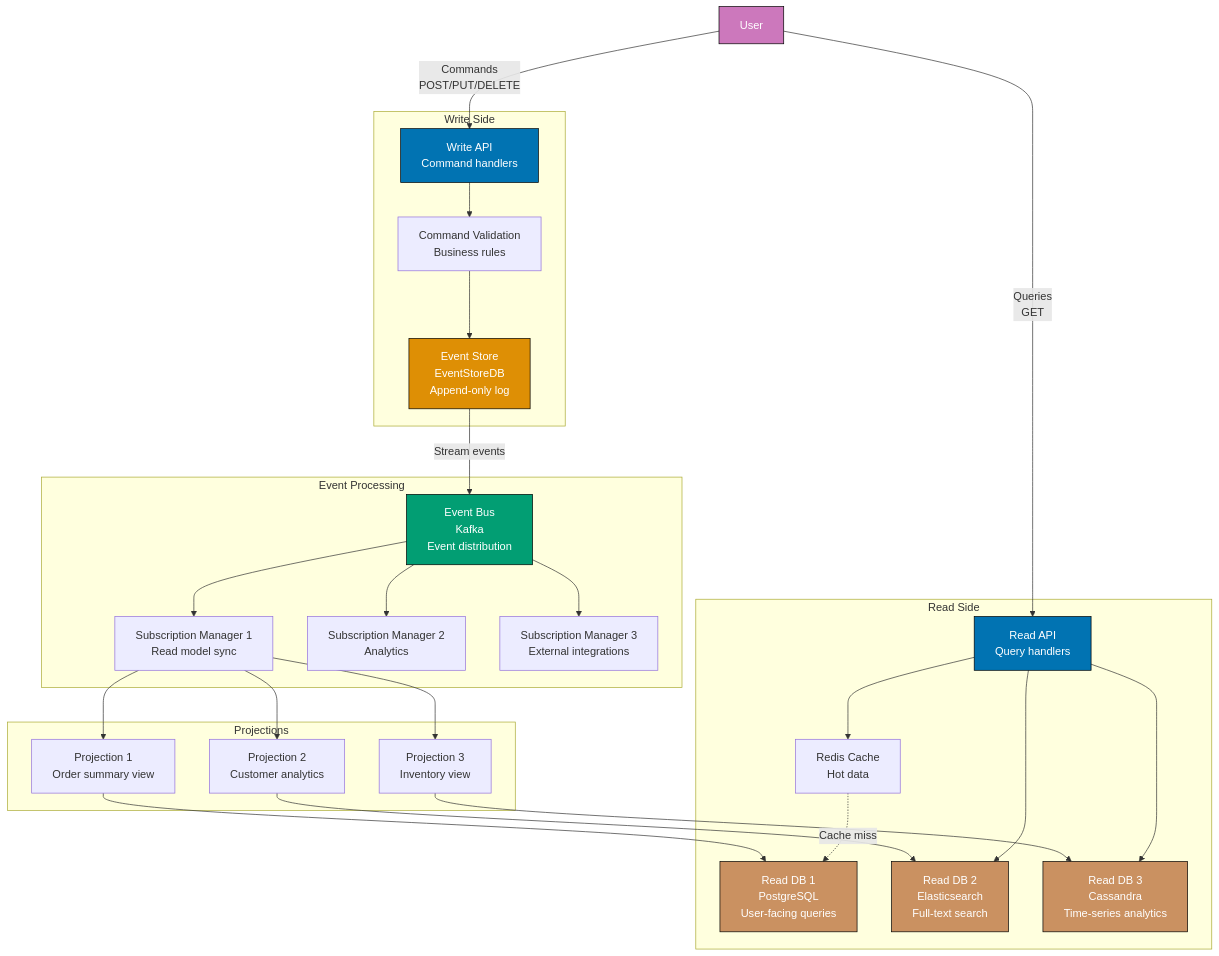
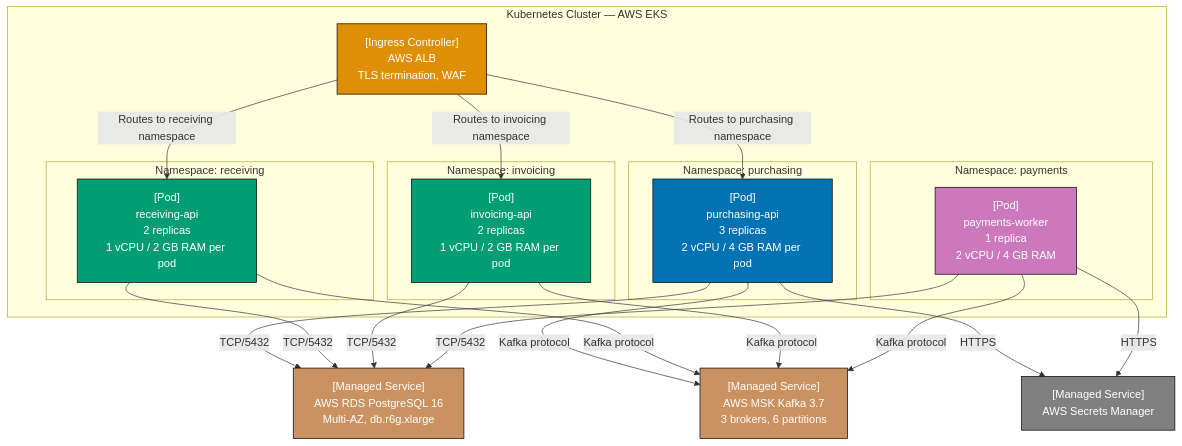
One commit to wahidyankf/open-sharia-enterprise changed diagram 18 of 25 in apps/ayokoding-web/content/en/learn/software-engineering/architecture/c4-architecture-model/by-example/advanced.md. Above: the diagram before and after it, drawn with Mermaid. The commit also changed other lines of this file and 38 other files, not shown here.

First line of the commit message:
docs(ayokoding-web): unify architecture tutorials on shared P2P domain

````diff
--- a/apps/ayokoding-web/content/en/learn/software-engineering/architecture/c4-architecture-model/by-example/advanced.md
+++ b/apps/ayokoding-web/content/en/learn/software-engineering/architecture/c4-architecture-model/by-example/advanced.md
@@ -582,62 +819,49 @@
 ```mermaid
 graph TD
-    subgraph "Write Side"
-        WriteAPI["Write API<br/>Command handlers"]
-        EventStore["Event Store<br/>EventStoreDB<br/>Append-only log"]
-        CommandValidation["Command Validation<br/>Business rules"]
+    subgraph K8sCluster["Kubernetes Cluster — AWS EKS"]
+        subgraph PurchNS["Namespace: purchasing"]
+            PurchPod["[Pod]<br/>purchasing-api<br/>3 replicas<br/>2 vCPU / 4 GB RAM per pod"]
+        end
+
+        subgraph RecvNS["Namespace: receiving"]
+            RecvPod["[Pod]<br/>receiving-api<br/>2 replicas<br/>1 vCPU / 2 GB RAM per pod"]
+        end
+
+        subgraph InvNS["Namespace: invoicing"]
+            InvPod["[Pod]<br/>invoicing-api<br/>2 replicas<br/>1 vCPU / 2 GB RAM per pod"]
+        end
+
+        subgraph PayNS["Namespace: payments"]
+            PayPod["[Pod]<br/>payments-worker<br/>1 replica<br/>2 vCPU / 4 GB RAM"]
+        end
+
+        Ingress["[Ingress Controller]<br/>AWS ALB<br/>TLS termination, WAF"]
     end
 
-    subgraph "Event Processing"
-        EventBus["Event Bus<br/>Kafka<br/>Event distribution"]
-        Subscription1["Subscription Manager 1<br/>Read model sync"]
-        Subscription2["Subscription Manager 2<br/>Analytics"]
-        Subscription3["Subscription Manager 3<br/>External integrations"]
-    end
+    RDS["[Managed Service]<br/>AWS RDS PostgreSQL 16<br/>Multi-AZ, db.r6g.xlarge"]
+    MSK["[Managed Service]<br/>AWS MSK Kafka 3.7<br/>3 brokers, 6 partitions"]
+    Secrets["[Managed Service]<br/>AWS Secrets Manager"]
 
-    subgraph "Read Side"
-        ReadAPI["Read API<br/>Query handlers"]
-        ReadDB1["Read DB 1<br/>PostgreSQL<br/>User-facing queries"]
-        ReadDB2["Read DB 2<br/>Elasticsearch<br/>Full-text search"]
-        ReadDB3["Read DB 3<br/>Cassandra<br/>Time-series analytics"]
-        Cache["Redis Cache<br/>Hot data"]
-    end
+    Ingress -->|"Routes to purchasing namespace"| PurchPod
+    Ingress -->|"Routes to receiving namespace"| RecvPod
+    Ingress -->|"Routes to invoicing namespace"| InvPod
+    PurchPod -->|"TCP/5432"| RDS
+    RecvPod -->|"TCP/5432"| RDS
+    InvPod -->|"TCP/5432"| RDS
+    PayPod -->|"TCP/5432"| RDS
+    PurchPod -->|"Kafka protocol"| MSK
+    RecvPod -->|"Kafka protocol"| MSK
+    InvPod -->|"Kafka protocol"| MSK
+    PayPod -->|"Kafka protocol"| MSK
+    PurchPod -->|"HTTPS"| Secrets
+    PayPod -->|"HTTPS"| Secrets
 
-    subgraph "Projections"
-        Projection1["Projection 1<br/>Order summary view"]
-        Projection2["Projection 2<br/>Customer analytics"]
-        Projection3["Projection 3<br/>Inventory view"]
-    end
-
-    User["User"] -->|"Commands<br/>POST/PUT/DELETE"| WriteAPI
-    User -->|"Queries<br/>GET"| ReadAPI
-
-    WriteAPI --> CommandValidation
-    CommandValidation --> EventStore
-    EventStore -->|"Stream events"| EventBus
-
-    EventBus --> Subscription1
-    EventBus --> Subscription2
-    EventBus --> Subscription3
-
-    Subscription1 --> Projection1
-    Subscription1 --> Projection2
-    Subscription1 --> Projection3
-
-    Projection1 --> ReadDB1
-    Projection2 --> ReadDB2
-    Projection3 --> ReadDB3
-
-    ReadAPI --> Cache
-    Cache -.->|"Cache miss"| ReadDB1
-    ReadAPI --> ReadDB2
-    ReadAPI --> ReadDB3
-
-    style User fill:#CC78BC,stroke:#000,color:#fff
-    style WriteAPI fill:#0173B2,stroke:#000,color:#fff
-    style ReadAPI fill:#0173B2,stroke:#000,color:#fff
-    style EventStore fill:#DE8F05,stroke:#000,color:#fff
-    style EventBus fill:#029E73,stroke:#000,color:#fff
-    style ReadDB1 fill:#CA9161,stroke:#000,color:#fff
-    style ReadDB2 fill:#CA9161,stroke:#000,color:#fff
-    style ReadDB3 fill:#CA9161,stroke:#000,color:#fff
+    style PurchPod fill:#0173B2,stroke:#000,color:#fff
+    style RecvPod fill:#029E73,stroke:#000,color:#fff
+    style InvPod fill:#029E73,stroke:#000,color:#fff
+    style PayPod fill:#CC78BC,stroke:#000,color:#fff
+    style Ingress fill:#DE8F05,stroke:#000,color:#fff
+    style RDS fill:#CA9161,stroke:#000,color:#fff
+    style MSK fill:#CA9161,stroke:#000,color:#fff
+    style Secrets fill:#808080,stroke:#000,color:#fff
 ```
````
